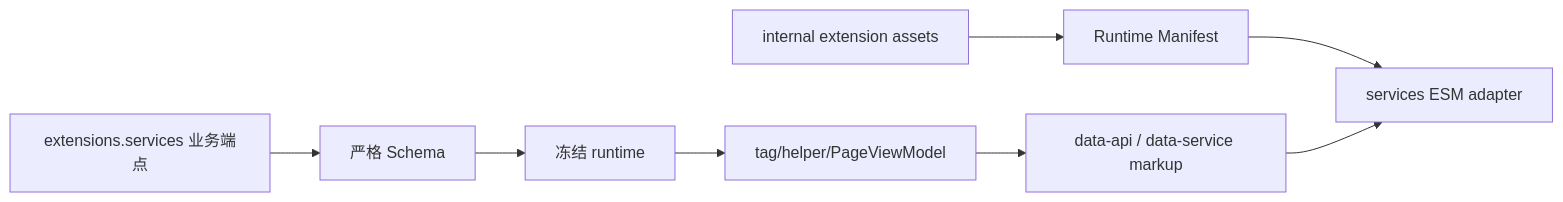
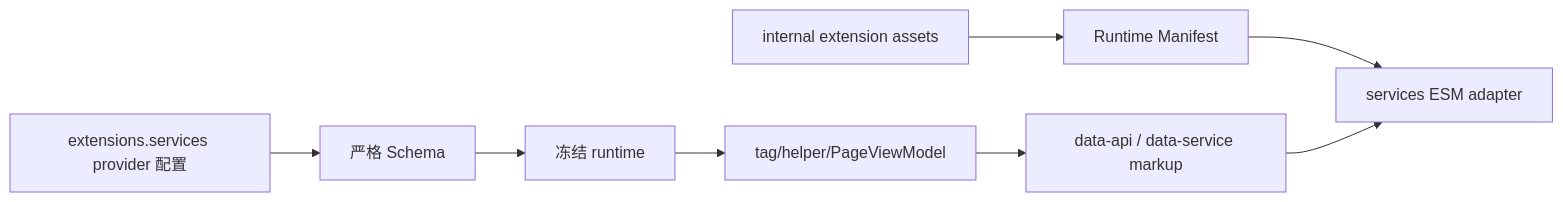
One commit to xaoxuu/hexo-theme-stellar changed the diagram in docs/knowledge/06-数据服务与组件/data-service-apis.md. Above: the diagram before and after it, drawn with Mermaid. The commit also changed other lines of this file and 41 other files, not shown here.

````diff
--- a/docs/knowledge/06-数据服务与组件/data-service-apis.md
+++ b/docs/knowledge/06-数据服务与组件/data-service-apis.md
@@ -73,10 +91,10 @@
 ```mermaid
 flowchart LR
-  A[extensions.services 业务端点] --> B[严格 Schema]
+  A[extensions.services provider 配置] --> B[严格 Schema]
   B --> C[冻结 runtime]
   D[internal extension assets] --> E[Runtime Manifest]
   C --> F[tag/helper/PageViewModel]
   E --> G[services ESM adapter]
   F --> H[data-api / data-service markup]
   H --> G
 ```
````
